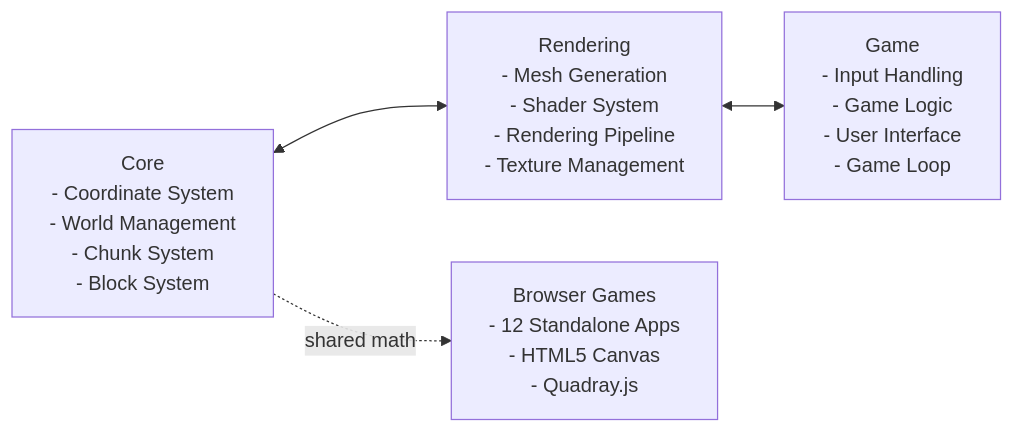
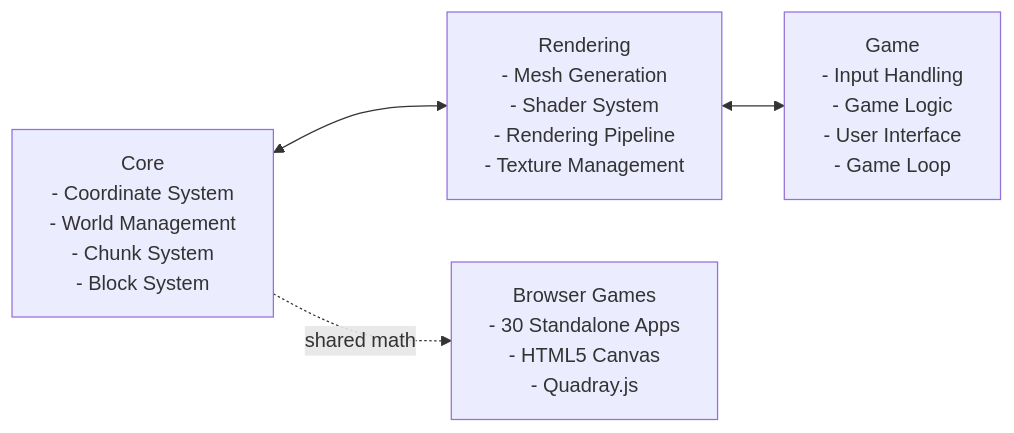
One commit to docxology/QuadCraft changed the diagram in docs/architecture.md. Above: the diagram before and after it, drawn with Mermaid. The commit also changed other lines of this file and 107 other files, not shown here.

````diff
--- a/docs/architecture.md
+++ b/docs/architecture.md
@@ -12,11 +12,11 @@
 ```mermaid
 flowchart LR
     Core["Core\n- Coordinate System\n- World Management\n- Chunk System\n- Block System"]
     Rendering["Rendering\n- Mesh Generation\n- Shader System\n- Rendering Pipeline\n- Texture Management"]
     Game["Game\n- Input Handling\n- Game Logic\n- User Interface\n- Game Loop"]
-    Browser["Browser Games\n- 12 Standalone Apps\n- HTML5 Canvas\n- Quadray.js"]
+    Browser["Browser Games\n- 30 Standalone Apps\n- HTML5 Canvas\n- Quadray.js"]
     
     Core <--> Rendering
     Rendering <--> Game
     Core -.->|"shared math"| Browser
 ```
````
